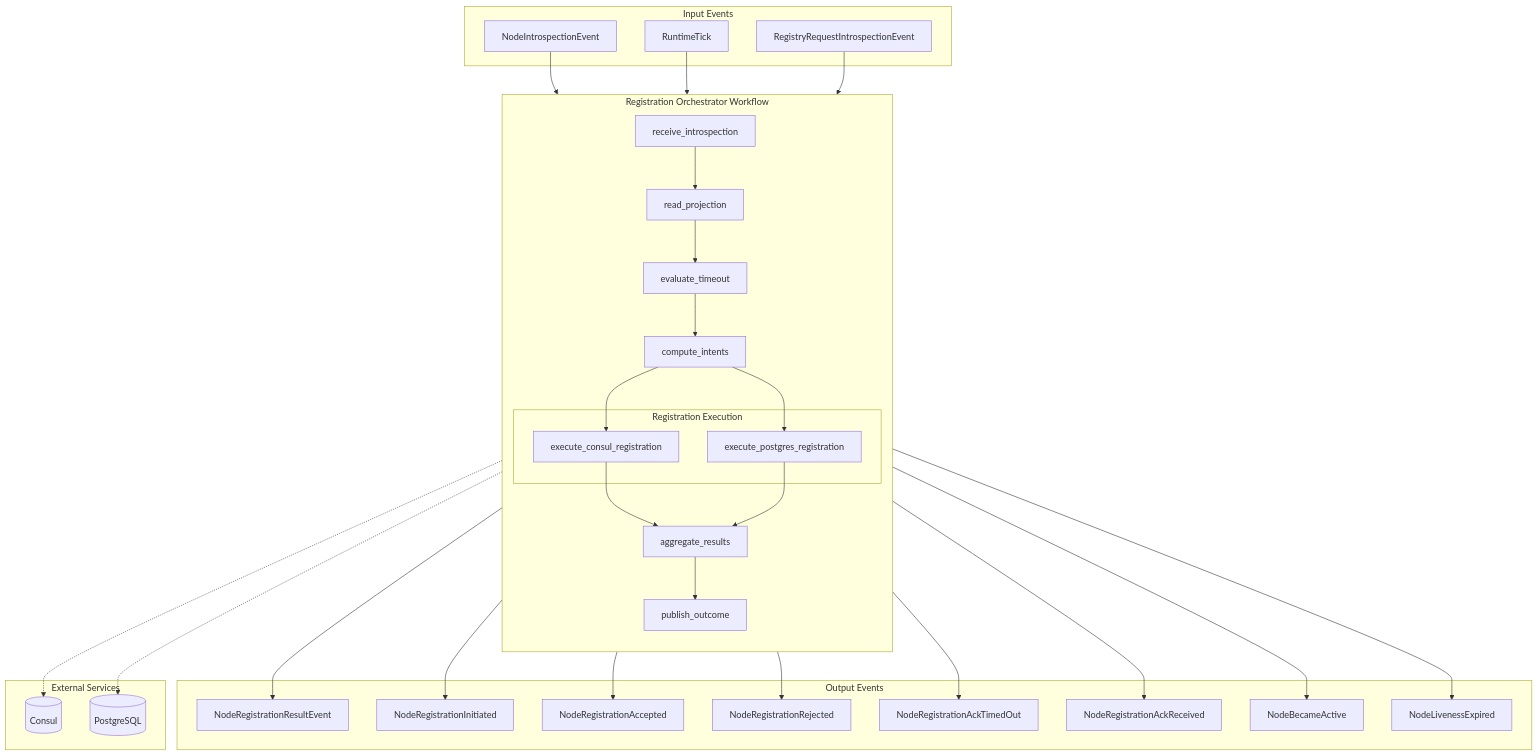
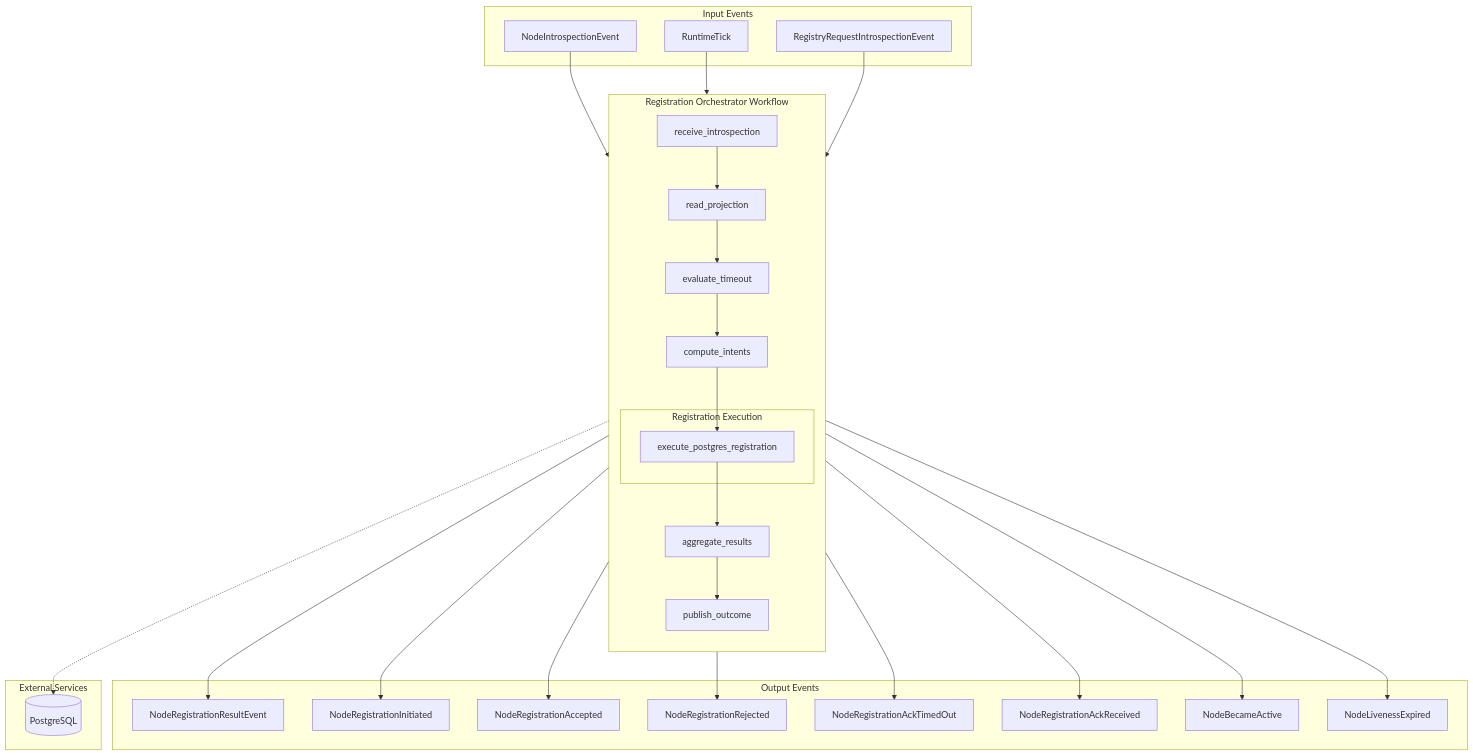
Before and after one commit to OmniNode-ai/omnibase_infra: the first of 7 diagrams in src/omnibase_infra/nodes/node_registration_orchestrator/README.md, drawn with Mermaid. The commit also changed other lines of this file and 7 other files, not shown here.

````diff
--- a/src/omnibase_infra/nodes/node_registration_orchestrator/README.md
+++ b/src/omnibase_infra/nodes/node_registration_orchestrator/README.md
@@ -17,65 +17,60 @@
 ```mermaid
 flowchart TB
     subgraph Input["Input Events"]
         IE[NodeIntrospectionEvent]
         RT[RuntimeTick]
         RRI[RegistryRequestIntrospectionEvent]
     end
 
     subgraph Orchestrator["Registration Orchestrator Workflow"]
         direction TB
         RI[receive_introspection]
         RP[read_projection]
         ET[evaluate_timeout]
         CI[compute_intents]
 
         subgraph Parallel["Registration Execution"]
-            ECR[execute_consul_registration]
             EPR[execute_postgres_registration]
         end
 
         AR[aggregate_results]
         PO[publish_outcome]
     end
 
     subgraph Output["Output Events"]
         NRR[NodeRegistrationResultEvent]
         NRI[NodeRegistrationInitiated]
         NRA[NodeRegistrationAccepted]
         NRJ[NodeRegistrationRejected]
         NRAT[NodeRegistrationAckTimedOut]
         NRAR[NodeRegistrationAckReceived]
         NBA[NodeBecameActive]
         NLE[NodeLivenessExpired]
     end
 
     subgraph External["External Services"]
-        Consul[(Consul)]
         PG[(PostgreSQL)]
     end
 
     IE --> RI
     RT --> RI
     RRI --> RI
 
     RI --> RP
     RP --> ET
     ET --> CI
-    CI --> ECR
     CI --> EPR
-    ECR --> AR
     EPR --> AR
     AR --> PO
 
-    ECR -.-> Consul
     EPR -.-> PG
 
     PO --> NRR
     PO --> NRI
     PO --> NRA
     PO --> NRJ
     PO --> NRAT
     PO --> NRAR
     PO --> NBA
     PO --> NLE
 ```
````
